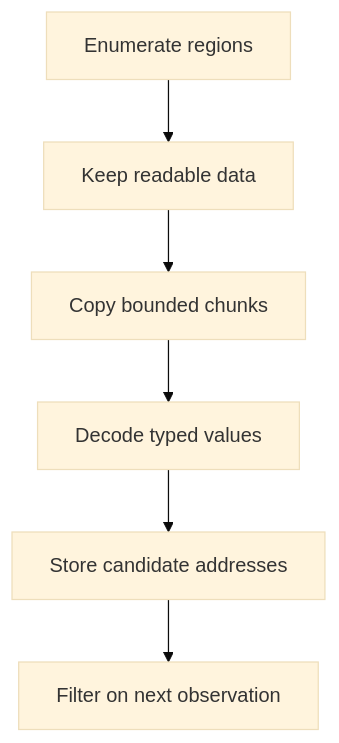
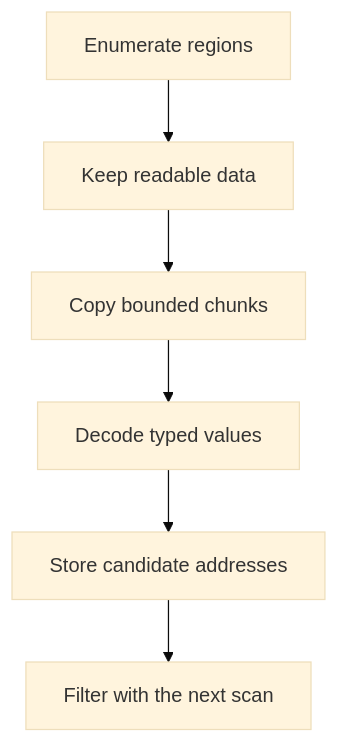
One commit to MustCodeAl/rust-game-hacking-book changed the first of 4 diagrams in site/src/content/docs/pages/7/05.mdx. Above: the diagram before and after it, drawn with Mermaid (base theme). The commit also changed other lines of this file and 85 other files, not shown here.

````diff
--- a/site/src/content/docs/pages/7/05.mdx
+++ b/site/src/content/docs/pages/7/05.mdx
@@ -18,8 +18,8 @@
 ```mermaid
 flowchart TD
     A["Enumerate regions"] --> B["Keep readable data"]
     B --> C["Copy bounded chunks"]
     C --> D["Decode typed values"]
     D --> E["Store candidate addresses"]
-    E --> F["Filter on next observation"]
+    E --> F["Filter with the next scan"]
 ```
````
